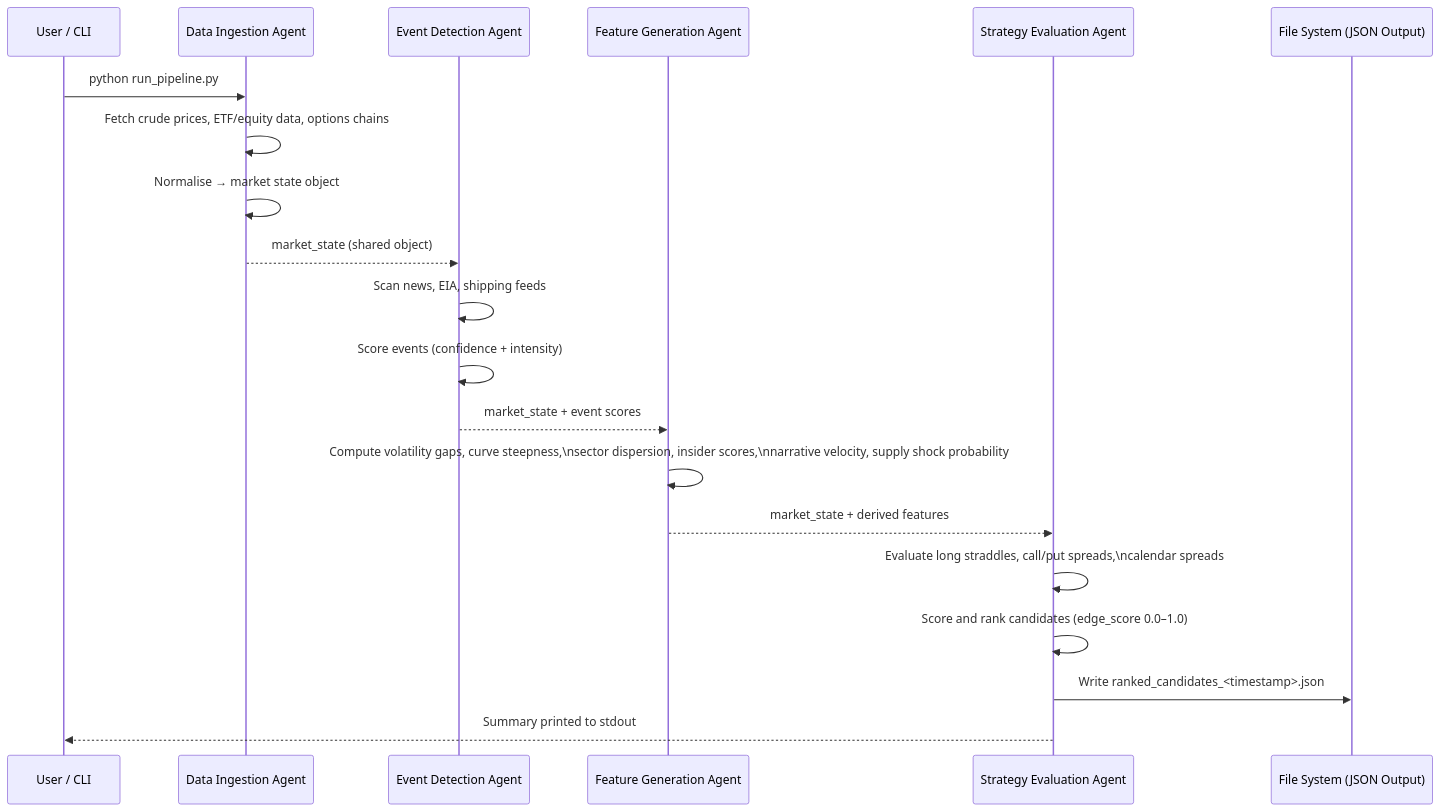
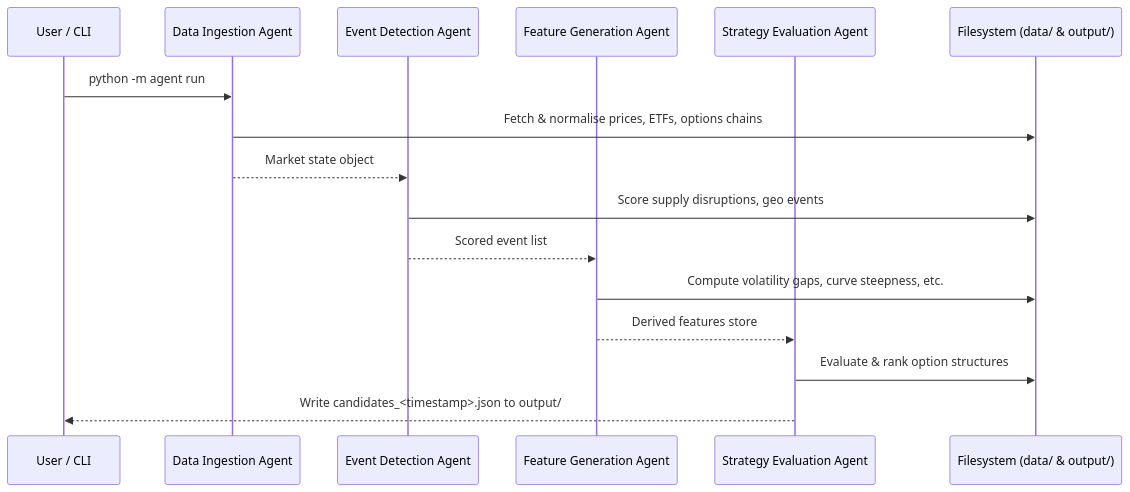
One commit to jeisenback/golden_boy_peanuts changed the second of 2 diagrams in docs/generated/user_guide_full-pipeline.md. Above: the diagram before and after it, drawn with Mermaid. The commit also changed other lines of this file and 33 other files, not shown here.

````diff
--- a/docs/generated/user_guide_full-pipeline.md
+++ b/docs/generated/user_guide_full-pipeline.md
@@ -216,23 +245,19 @@
 ```mermaid
 sequenceDiagram
     participant CLI as User / CLI
-    participant DI as Data Ingestion Agent
-    participant ED as Event Detection Agent
-    participant FG as Feature Generation Agent
-    participant SE as Strategy Evaluation Agent
-    participant FS as File System (JSON Output)
+    participant DIA as Data Ingestion Agent
+    participant EDA as Event Detection Agent
+    participant FGA as Feature Generation Agent
+    participant SEA as Strategy Evaluation Agent
+    participant FS  as Filesystem (data/ & output/)
 
-    CLI->>DI: python run_pipeline.py
-    DI->>DI: Fetch crude prices, ETF/equity data, options chains
-    DI->>DI: Normalise → market state object
-    DI-->>ED: market_state (shared object)
-    ED->>ED: Scan news, EIA, shipping feeds
-    ED->>ED: Score events (confidence + intensity)
-    ED-->>FG: market_state + event scores
-    FG->>FG: Compute volatility gaps, curve steepness,\nsector dispersion, insider scores,\nnarrative velocity, supply shock probability
-    FG-->>SE: market_state + derived features
-    SE->>SE: Evaluate long straddles, call/put spreads,\ncalendar spreads
-    SE->>SE: Score and rank candidates (edge_score 0.0–1.0)
-    SE->>FS: Write ranked_candidates_<timestamp>.json
-    SE-->>CLI: Summary printed to stdout
+    CLI->>DIA: python -m agent run
+    DIA->>FS: Fetch & normalise prices, ETFs, options chains
+    DIA-->>EDA: Market state object
+    EDA->>FS: Score supply disruptions, geo events
+    EDA-->>FGA: Scored event list
+    FGA->>FS: Compute volatility gaps, curve steepness, etc.
+    FGA-->>SEA: Derived features store
+    SEA->>FS: Evaluate & rank option structures
+    SEA-->>CLI: Write candidates_<timestamp>.json to output/
 ```
````
